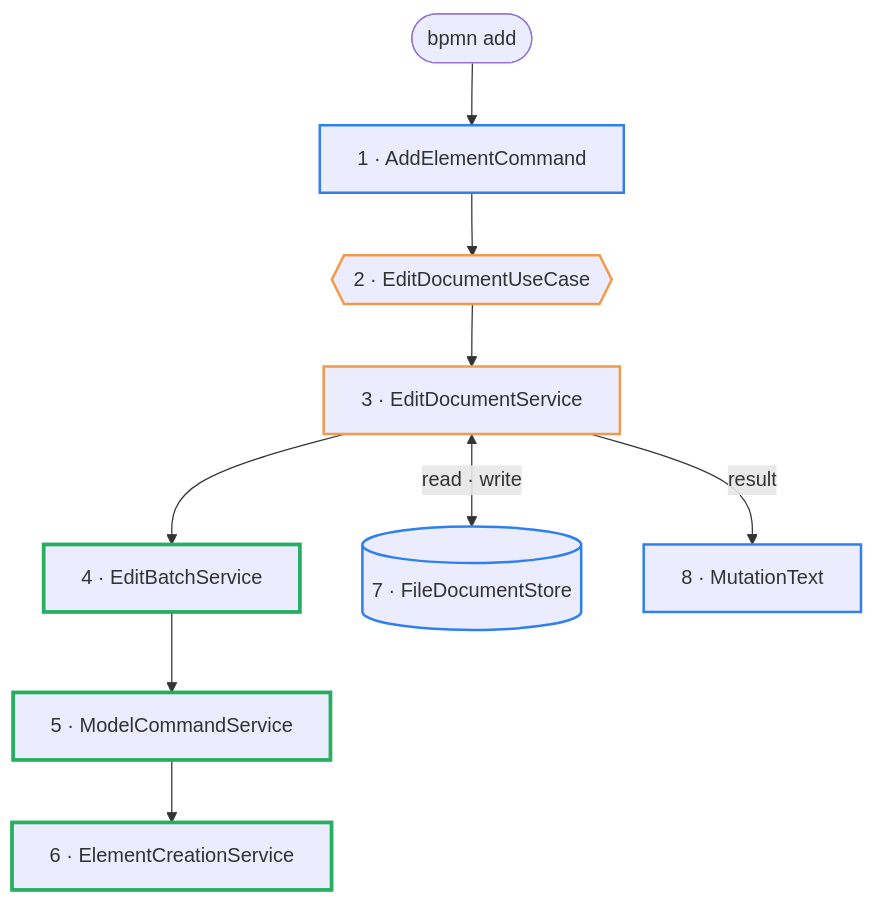
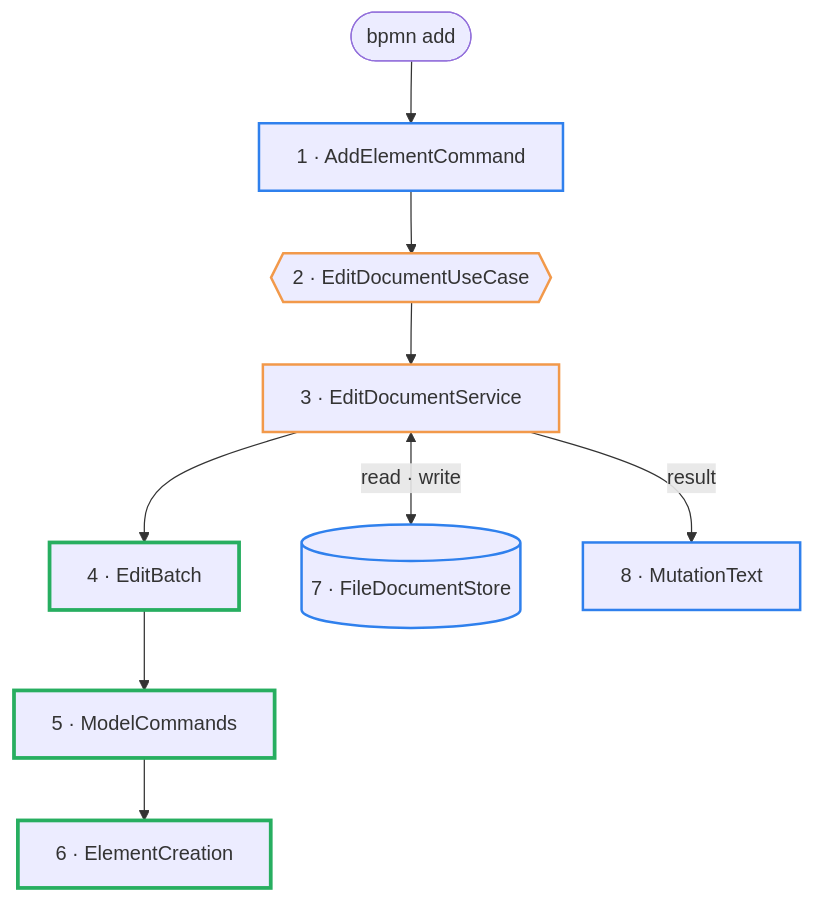
The second of 3 diagrams in docs/architecture.md (Miragon/bpmn-cli), drawn with Mermaid before and after one commit. The commit also changed other lines of this file and 428 other files, not shown here.

````diff
--- a/docs/architecture.md
+++ b/docs/architecture.md
@@ -56,13 +68,13 @@
 ```mermaid
 flowchart TB
-  user(["bpmn add"]) --> s1["1 · AddElementCommand"] --> s2{{"2 · EditDocumentUseCase"}} --> s3["3 · EditDocumentService"] --> s4["4 · EditBatchService"] --> s5["5 · ModelCommandService"] --> s6["6 · ElementCreationService"]
+  user(["bpmn add"]) --> s1["1 · AddElementCommand"] --> s2{{"2 · EditDocumentUseCase"}} --> s3["3 · EditDocumentService"] --> s4["4 · EditBatch"] --> s5["5 · ModelCommands"] --> s6["6 · ElementCreation"]
   s3 <-- "read · write" --> s7[("7 · FileDocumentStore")]
   s3 -- result --> s8["8 · MutationText"]
 
   classDef adapter stroke:#2f80ed,stroke-width:2px
   classDef app stroke:#f2994a,stroke-width:2px
   classDef core stroke:#27ae60,stroke-width:3px
   class s1,s7,s8 adapter
   class s2,s3 app
   class s4,s5,s6 core
 ```
````
